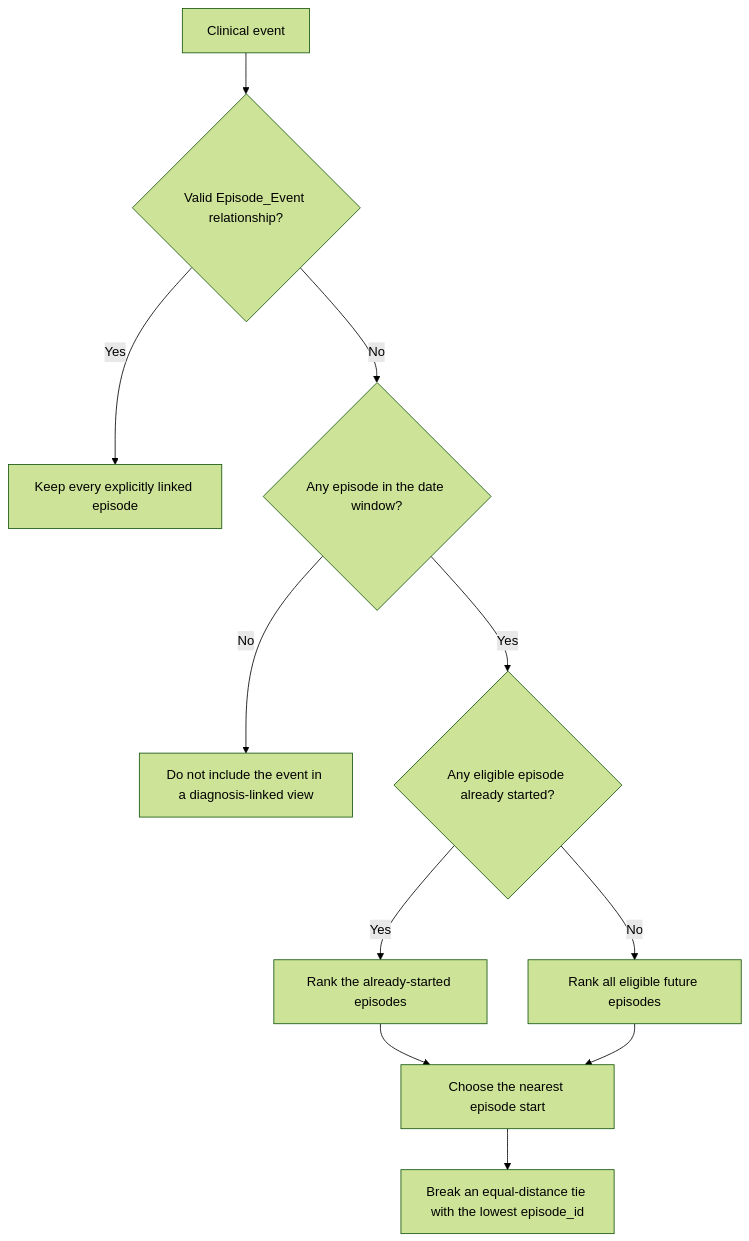
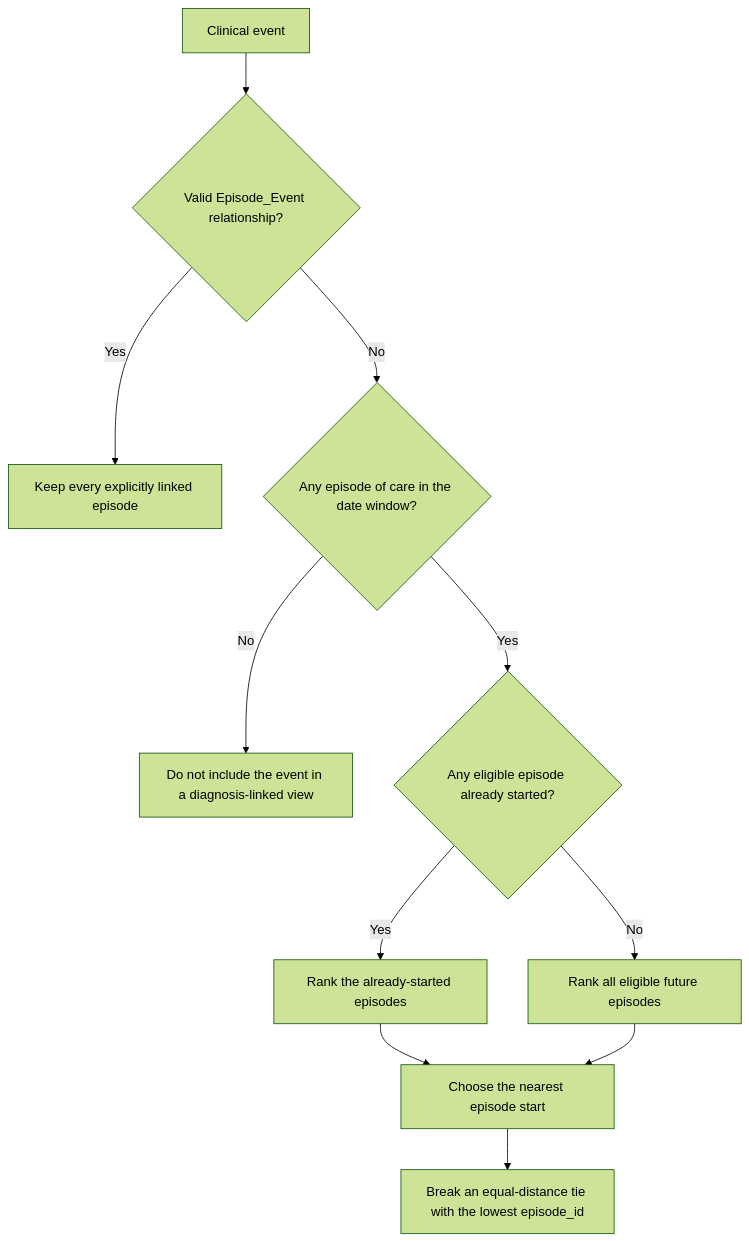
The diagram in docs/architecture.md (AustralianCancerDataNetwork/omop-constructs), drawn with Mermaid (forest theme) before and after one commit. The commit also changed other lines of this file and 9 other files, not shown here.

````diff
--- a/docs/architecture.md
+++ b/docs/architecture.md
@@ -81,13 +81,13 @@
 ```mermaid
 flowchart TD
     event[Clinical event] --> explicit{Valid Episode_Event relationship?}
     explicit -- Yes --> linked[Keep every explicitly linked episode]
-    explicit -- No --> eligible{Any episode in the date window?}
+    explicit -- No --> eligible{Any episode of care in the date window?}
     eligible -- No --> omitted[Do not include the event in a diagnosis-linked view]
     eligible -- Yes --> started{Any eligible episode already started?}
     started -- Yes --> prior[Rank the already-started episodes]
     started -- No --> future[Rank all eligible future episodes]
     prior --> nearest[Choose the nearest episode start]
     future --> nearest
     nearest --> tie[Break an equal-distance tie with the lowest episode_id]
 ```
````
